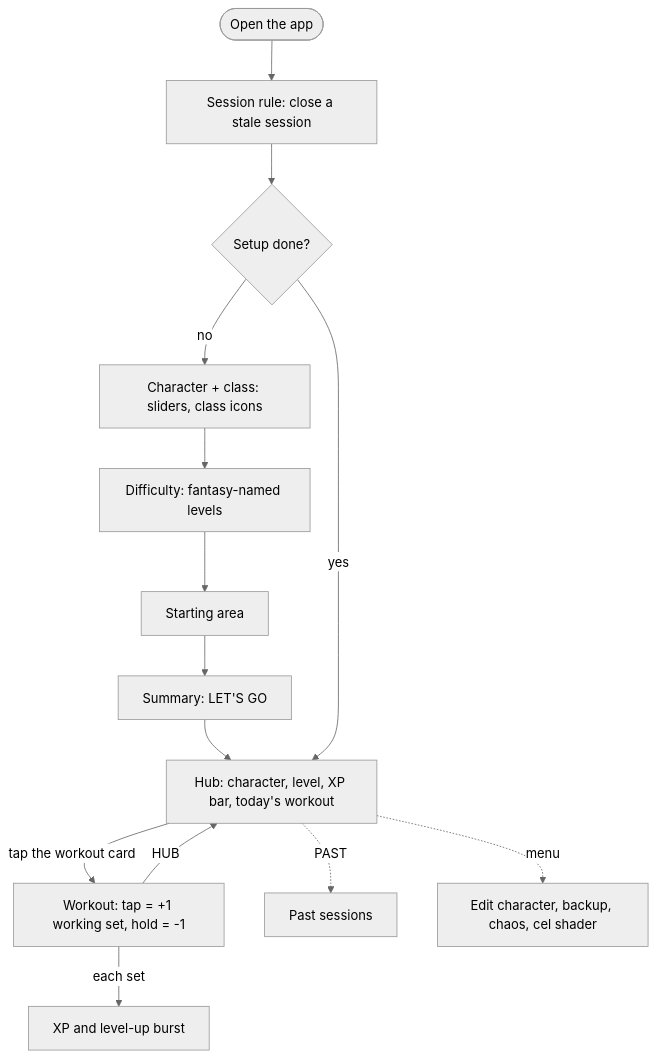
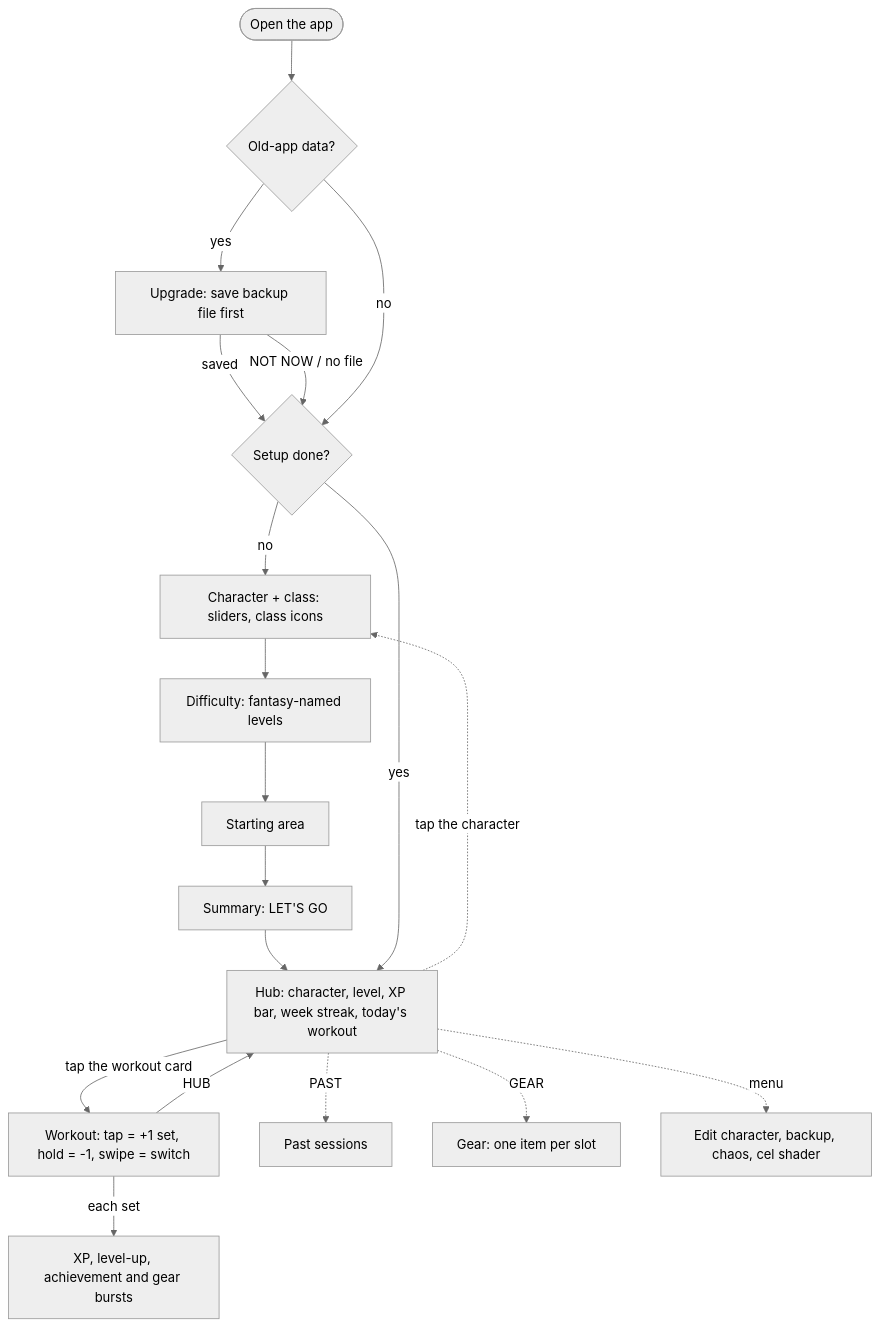
Before and after one commit to alex-antohi/pumplex: the diagram in docs/app-flow.md, drawn with Mermaid (neutral theme). The commit also changed other lines of this file and 10 other files, not shown here.

First line of the commit message:
Store data to the data schema: targets, streaks, gear, achievements, migration

````diff
--- a/docs/app-flow.md
+++ b/docs/app-flow.md
@@ -22,18 +24,23 @@
 ```mermaid
 flowchart TD
-    launch([Open the app]) --> rule[Session rule: close a stale session]
-    rule --> setupDone{Setup done?}
+    launch([Open the app]) --> old{Old-app data?}
+    old -- yes --> migrate[Upgrade: save backup file first]
+    migrate -- saved --> setupDone
+    migrate -- NOT NOW / no file --> setupDone
+    old -- no --> setupDone{Setup done?}
     setupDone -- no --> char[Character + class: sliders, class icons]
     char --> diff[Difficulty: fantasy-named levels]
     diff --> area[Starting area]
     area --> summary[Summary: LET'S GO]
     summary --> hub
-    setupDone -- yes --> hub[Hub: character, level, XP bar, today's workout]
+    setupDone -- yes --> hub[Hub: character, level, XP bar, week streak, today's workout]
 
-    hub -- tap the workout card --> work[Workout: tap = +1 working set, hold = -1]
-    work -- each set --> xp[XP and level-up burst]
+    hub -- tap the workout card --> work[Workout: tap = +1 set, hold = -1, swipe = switch]
+    work -- each set --> xp[XP, level-up, achievement and gear bursts]
     work -- HUB --> hub
 
     hub -. PAST .-> history[Past sessions]
+    hub -. GEAR .-> gear[Gear: one item per slot]
+    hub -. tap the character .-> char
     hub -. menu .-> menu[Edit character, backup, chaos, cel shader]
 ```
````
